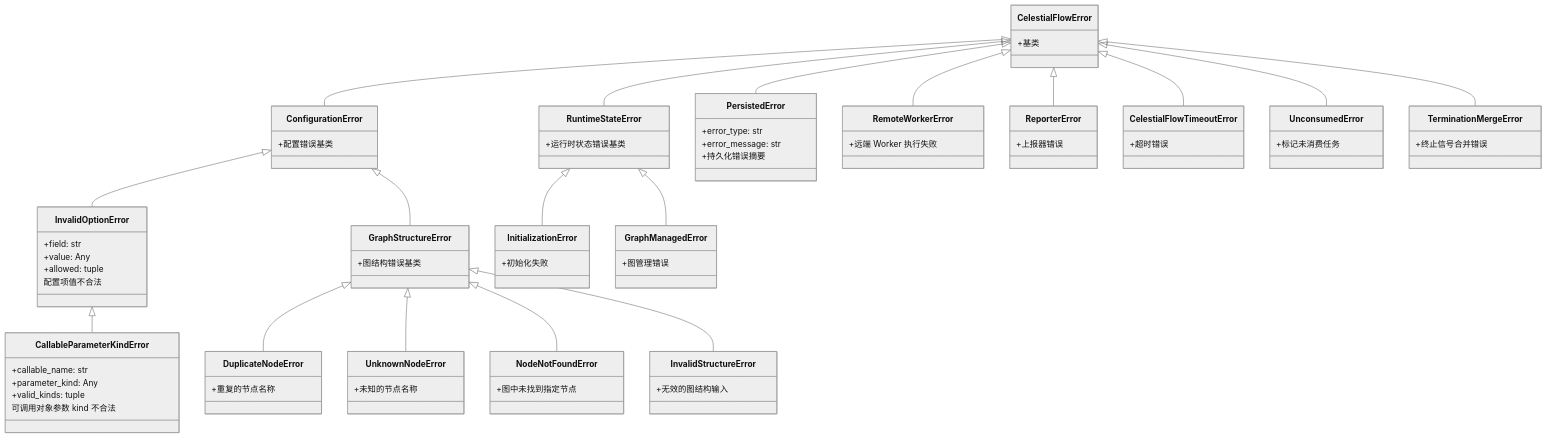
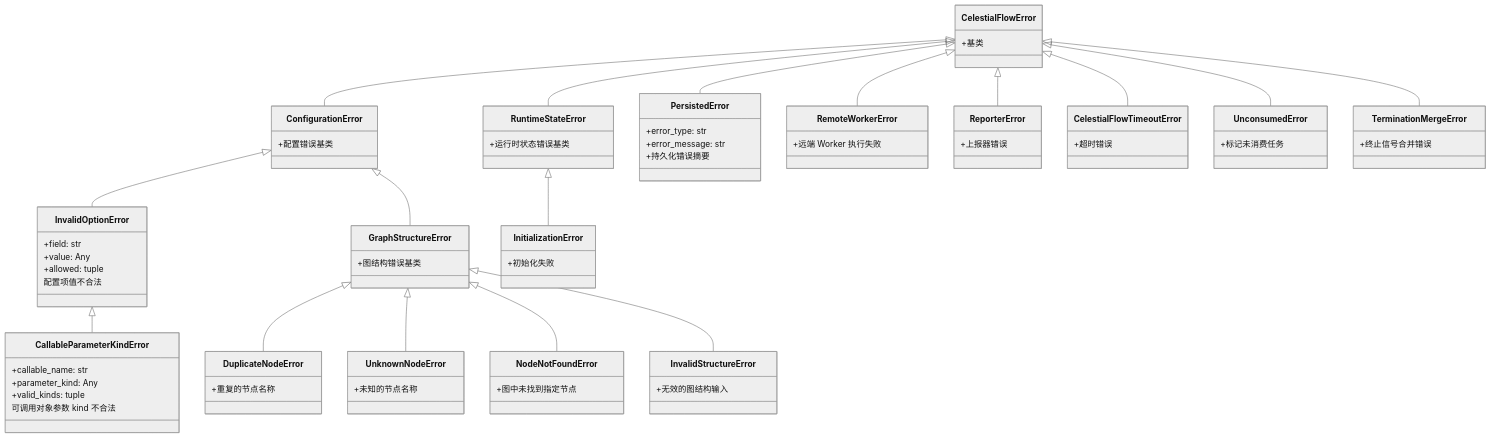
The diagram in docs/zh-CN/src/runtime/util_errors.md (Mr-xiaotian/CelestialFlow), drawn with Mermaid (neutral theme) before and after one commit. The commit also changed other lines of this file and 23 other files, not shown here.

````diff
--- a/docs/zh-CN/src/runtime/util_errors.md
+++ b/docs/zh-CN/src/runtime/util_errors.md
@@ -50,9 +50,6 @@
     class InitializationError {
         +初始化失败
     }
-    class GraphManagedError {
-        +图管理错误
-    }
     class PersistedError {
         +error_type: str
         +error_message: str
@@ -94,5 +91,4 @@
     GraphStructureError <|-- InvalidStructureError
 
     RuntimeStateError <|-- InitializationError
-    RuntimeStateError <|-- GraphManagedError
 ```
````
